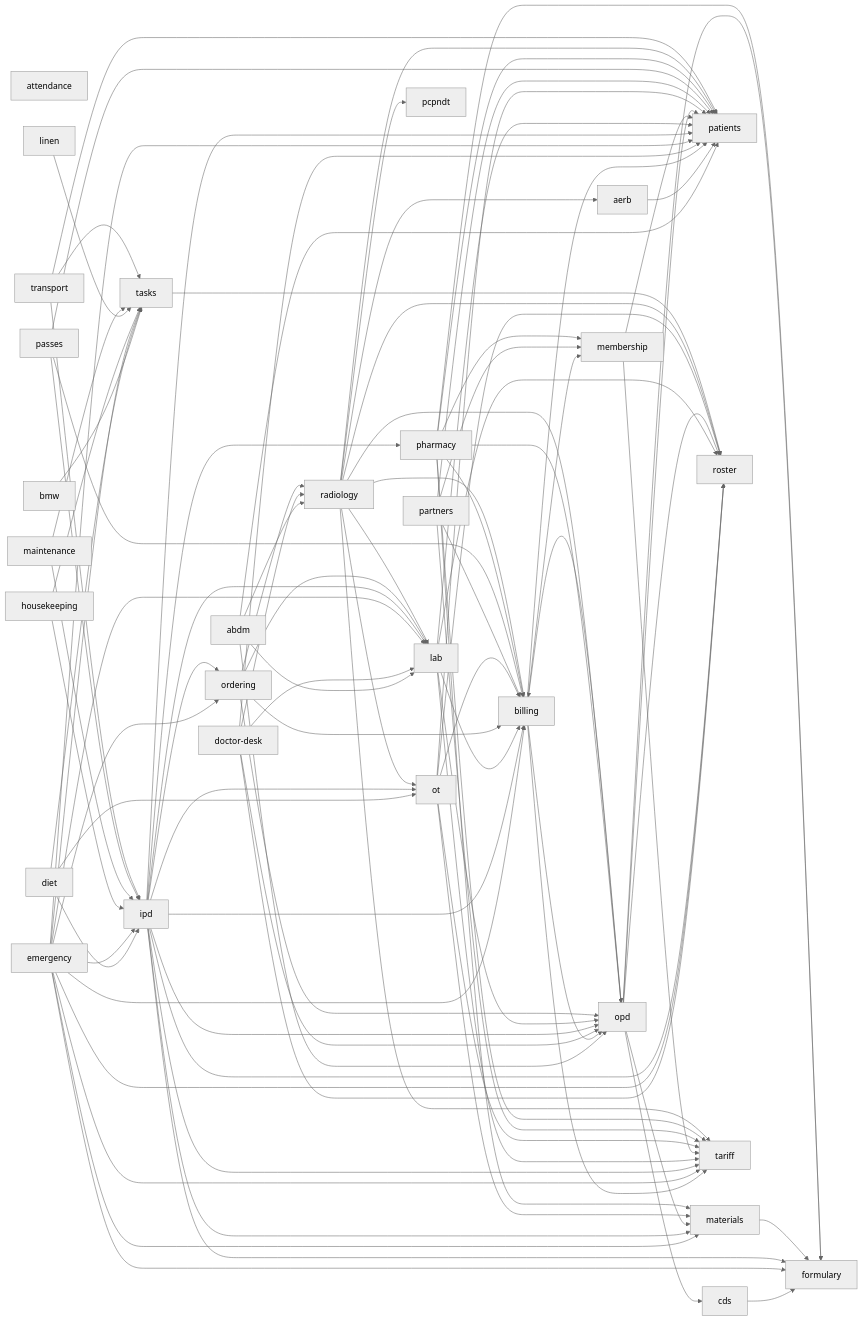
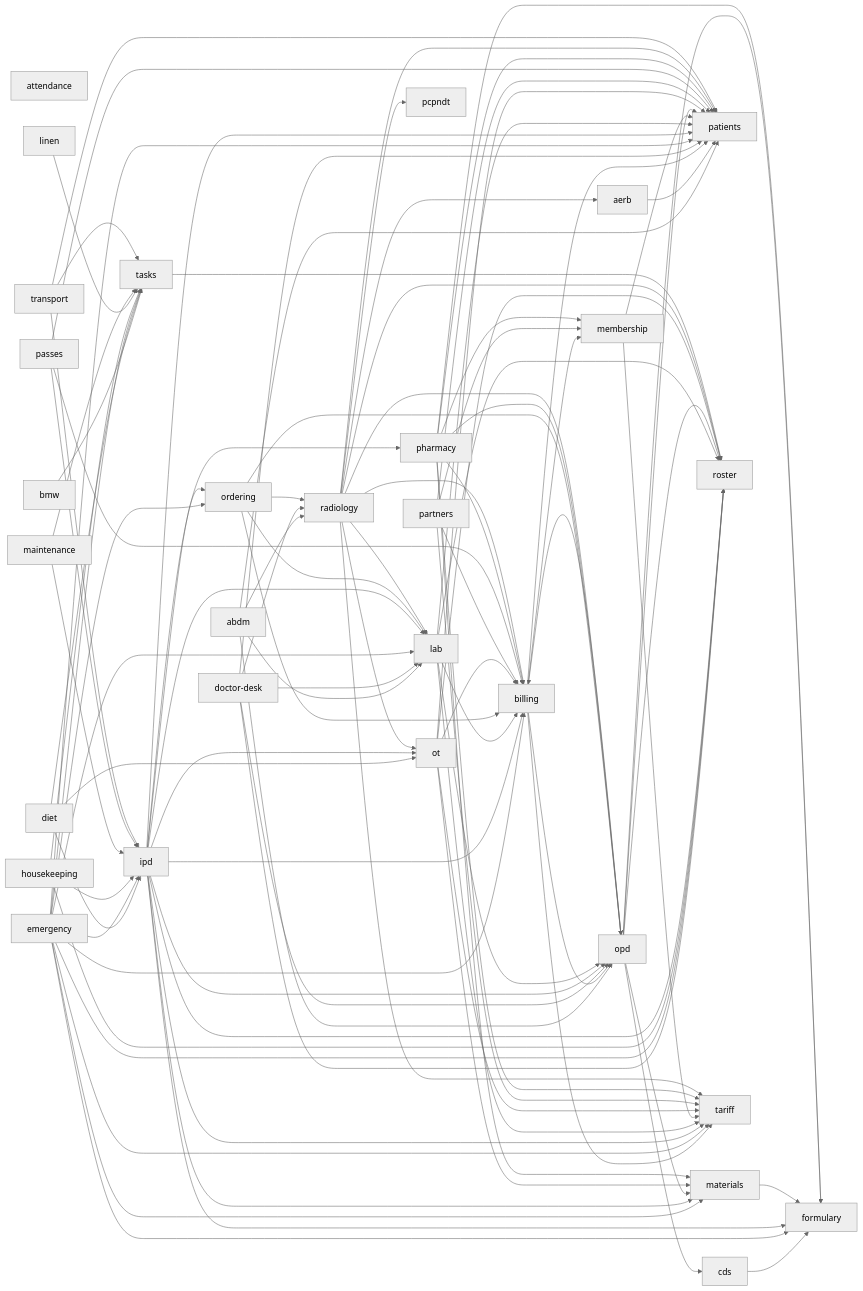
Before and after one commit to ankits3a/hims-hmis: the second of 2 diagrams in docs/architecture/README.md, drawn with Mermaid (neutral theme). The commit also changed other lines of this file and 12 other files, not shown here.

```diff
--- a/docs/architecture/README.md
+++ b/docs/architecture/README.md
@@ -90,6 +90,7 @@
   emergency --> tariff
   emergency --> tasks
   housekeeping --> ipd
+  housekeeping --> roster
   housekeeping --> tasks
   ipd --> billing
   ipd --> formulary
```
